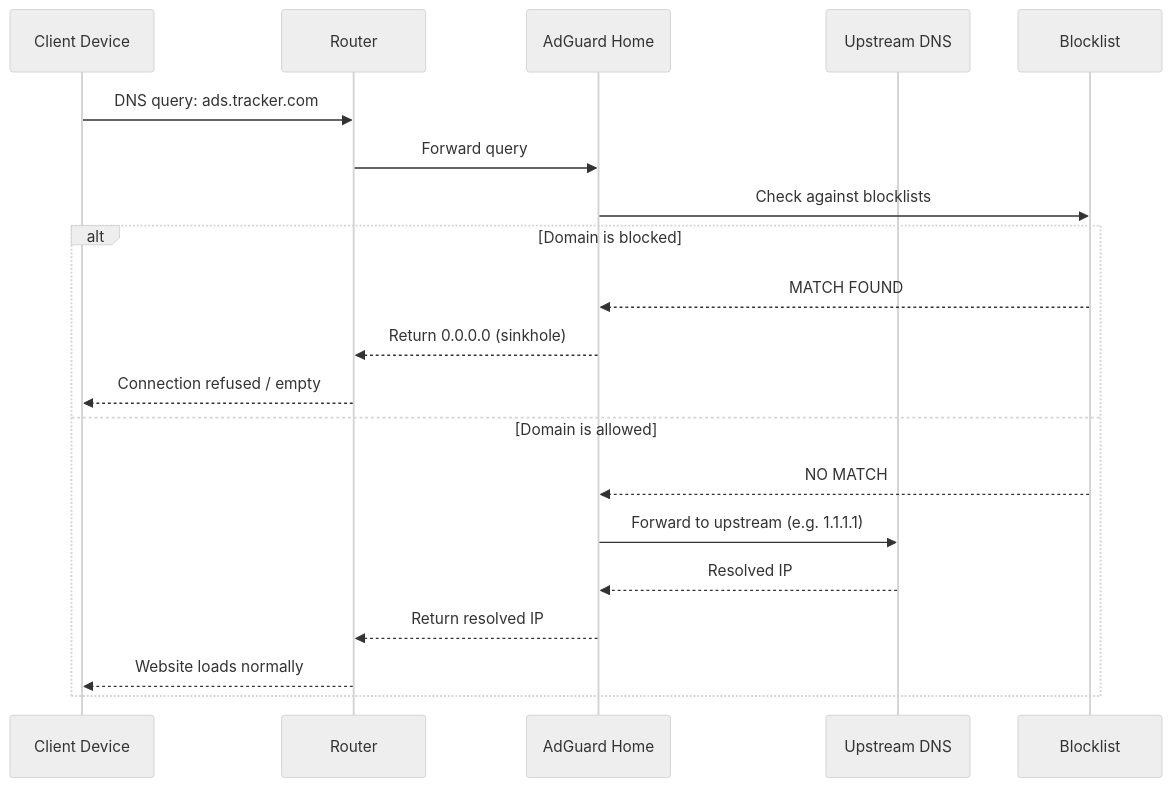
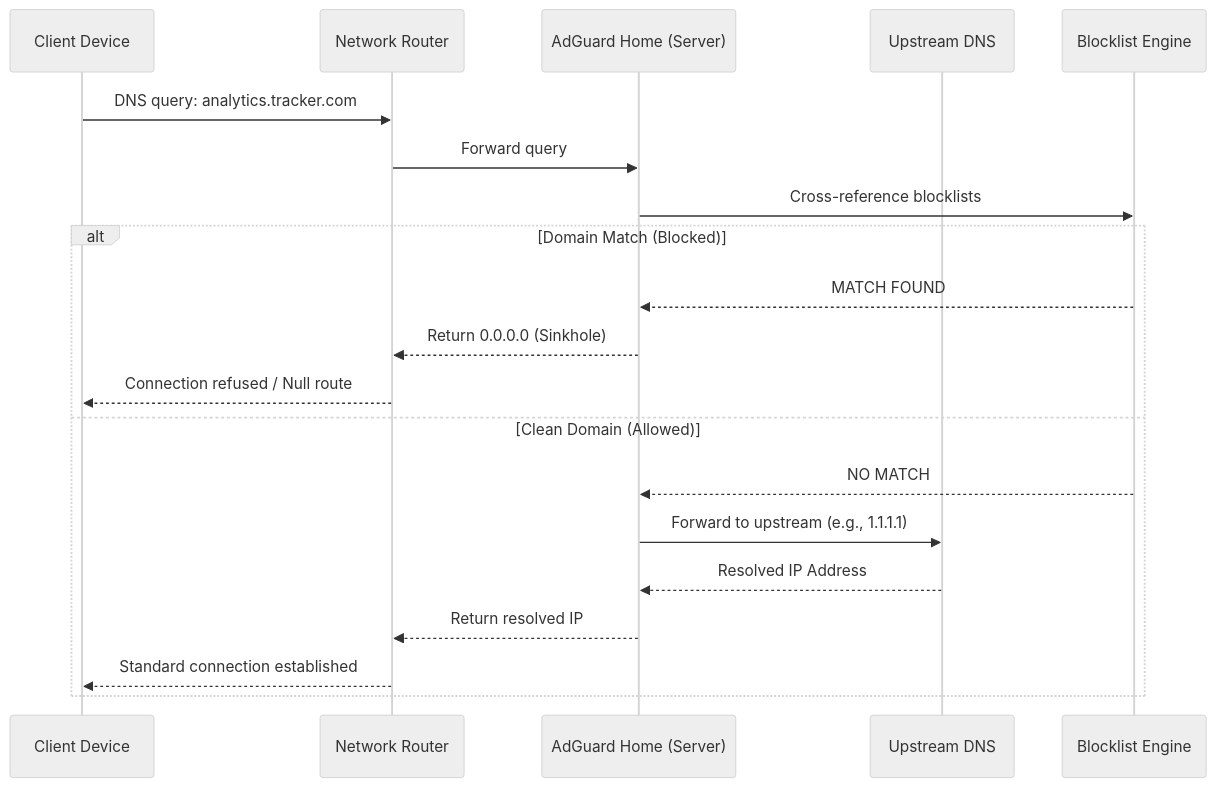
The second of 4 diagrams in README.md (rani-nabulsi/DNS-deployment), drawn with Mermaid (neutral theme) before and after one commit. The commit also changed other lines of this file, not shown here.

````diff
--- a/README.md
+++ b/README.md
@@ -73,23 +75,23 @@
 ```mermaid
 sequenceDiagram
     participant D as Client Device
-    participant R as Router
-    participant A as AdGuard Home
+    participant R as Network Router
+    participant A as AdGuard Home (Server)
     participant U as Upstream DNS
-    participant B as Blocklist
+    participant B as Blocklist Engine
 
-    D->>R: DNS query: ads.tracker.com
+    D->>R: DNS query: analytics.tracker.com
     R->>A: Forward query
-    A->>B: Check against blocklists
-    alt Domain is blocked
+    A->>B: Cross-reference blocklists
+    alt Domain Match (Blocked)
         B-->>A: MATCH FOUND
-        A-->>R: Return 0.0.0.0 (sinkhole)
-        R-->>D: Connection refused / empty
-    else Domain is allowed
+        A-->>R: Return 0.0.0.0 (Sinkhole)
+        R-->>D: Connection refused / Null route
+    else Clean Domain (Allowed)
         B-->>A: NO MATCH
-        A->>U: Forward to upstream (e.g. 1.1.1.1)
-        U-->>A: Resolved IP
+        A->>U: Forward to upstream (e.g., 1.1.1.1)
+        U-->>A: Resolved IP Address
         A-->>R: Return resolved IP
-        R-->>D: Website loads normally
+        R-->>D: Standard connection established
     end
 ```
````
